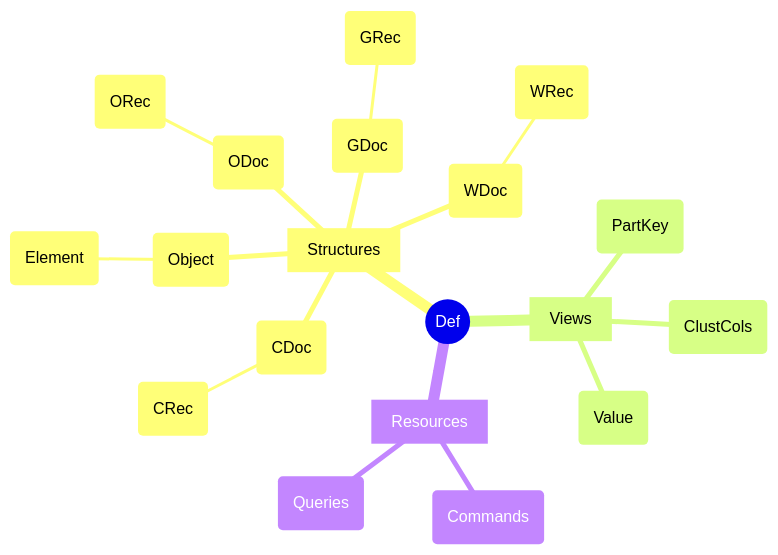
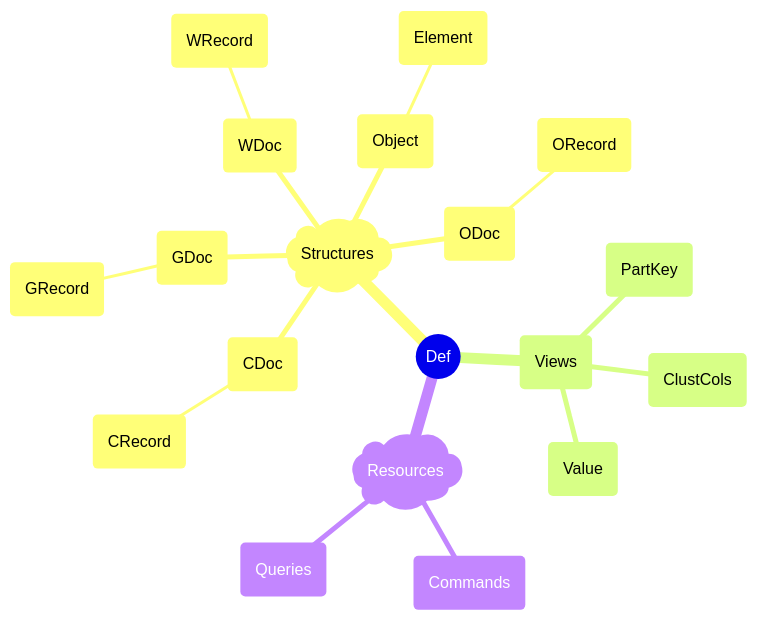
One commit to voedger/voedger changed the first of 4 diagrams in pkg/appdef/README.md. Above: the diagram before and after it, drawn with Mermaid.

Commit message:
readme small change

````diff
--- a/pkg/appdef/README.md
+++ b/pkg/appdef/README.md
@@ -9,22 +9,22 @@
 ```mermaid
 mindmap
   root((Def))
-    Structures["Structures"]
-      GDoc("GDoc")
-        (GRec)
-      CDoc("CDoc")
-        (CRec)
+    )Structures(
+      (GDoc)
+        (GRecord)
+      (CDoc)
+        (CRecord)
       (WDoc)
-        (WRec)
+        (WRecord)
       (ODoc)
-        (ORec)
+        (ORecord)
       (Object)
         (Element)
-    [Views]
+    (Views)
       (PartKey)
       (ClustCols)
       (Value)
-    [Resources]
+    )Resources(
       (Commands)
       (Queries)
 ```
````
